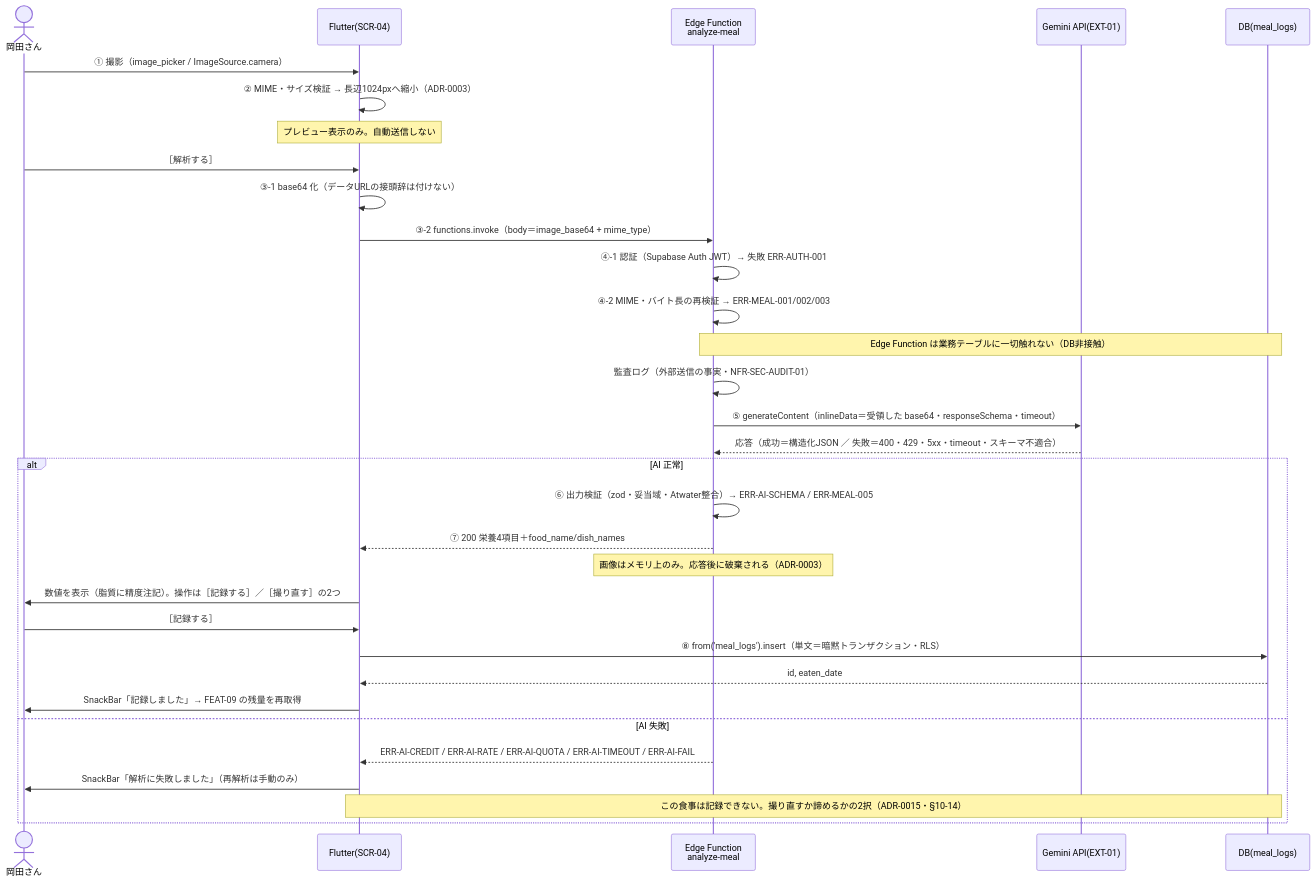
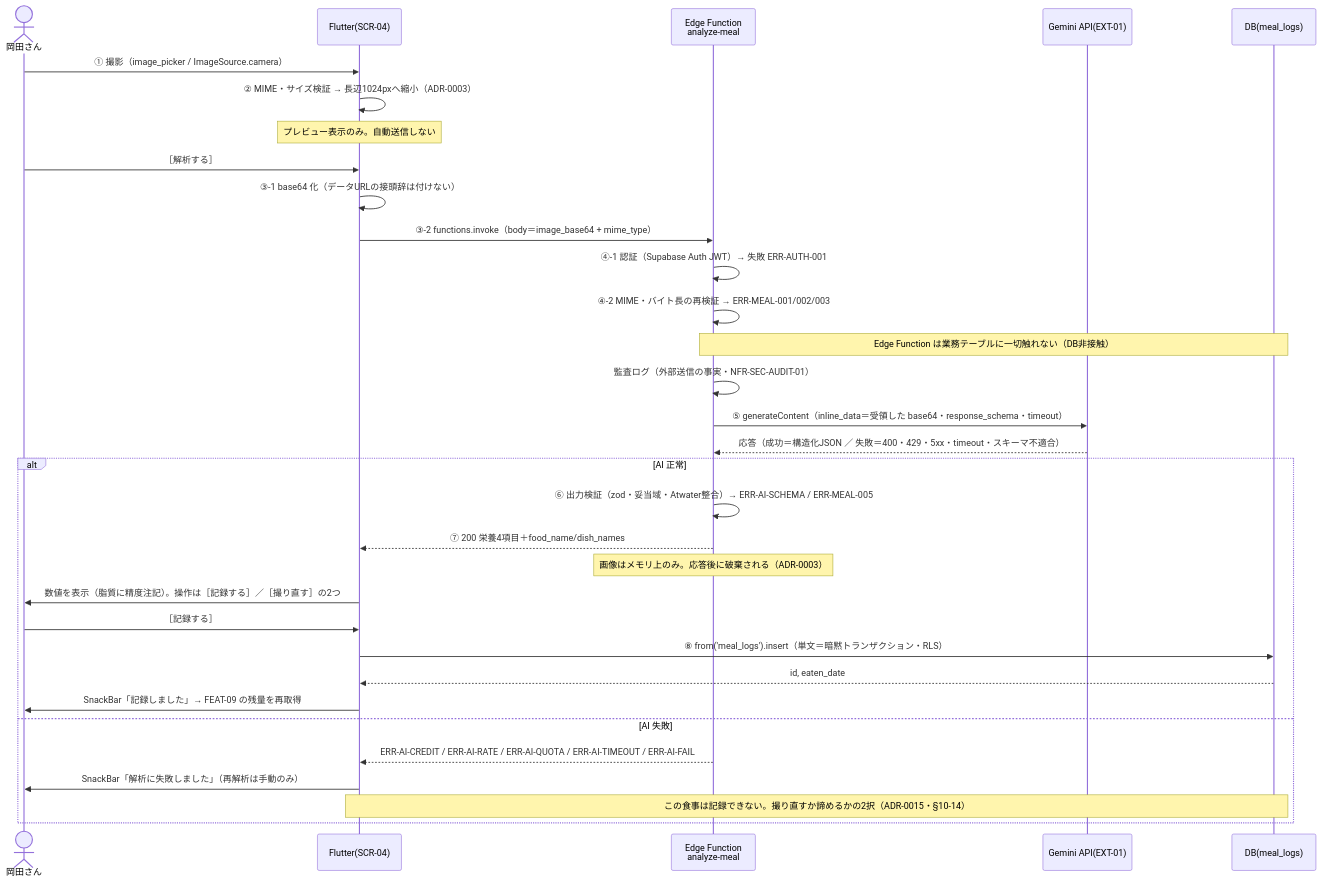
The diagram in docs/02_設計/50_詳細設計/08_機能別詳細設計/FEAT-08_食事撮影タンパク質計算.md (k-okada51/okada-fit), drawn with Mermaid before and after one commit. The commit also changed other lines of this file and 21 other files, not shown here.

````diff
--- a/docs/02_設計/50_詳細設計/08_機能別詳細設計/FEAT-08_食事撮影タンパク質計算.md
+++ b/docs/02_設計/50_詳細設計/08_機能別詳細設計/FEAT-08_食事撮影タンパク質計算.md
@@ -141,35 +141,35 @@
 ```mermaid
 sequenceDiagram
   actor U as 岡田さん
   participant F as Flutter(SCR-04)
   participant EF as Edge Function<br/>analyze-meal
   participant G as Gemini API(EXT-01)
   participant D as DB(meal_logs)
 
   U->>F: ① 撮影（image_picker / ImageSource.camera）
   F->>F: ② MIME・サイズ検証 → 長辺1024pxへ縮小（ADR-0003）
   Note over F: プレビュー表示のみ。自動送信しない
   U->>F: ［解析する］
   F->>F: ③-1 base64 化（データURLの接頭辞は付けない）
   F->>EF: ③-2 functions.invoke（body＝image_base64 + mime_type）
   EF->>EF: ④-1 認証（Supabase Auth JWT）→ 失敗 ERR-AUTH-001
   EF->>EF: ④-2 MIME・バイト長の再検証 → ERR-MEAL-001/002/003
   Note over EF,D: Edge Function は業務テーブルに一切触れない（DB非接触）
   EF->>EF: 監査ログ（外部送信の事実・NFR-SEC-AUDIT-01）
-  EF->>G: ⑤ generateContent（inlineData＝受領した base64・responseSchema・timeout）
+  EF->>G: ⑤ generateContent（inline_data＝受領した base64・response_schema・timeout）
   G-->>EF: 応答（成功＝構造化JSON ／ 失敗＝400・429・5xx・timeout・スキーマ不適合）
   alt AI 正常
     EF->>EF: ⑥ 出力検証（zod・妥当域・Atwater整合）→ ERR-AI-SCHEMA / ERR-MEAL-005
     EF-->>F: ⑦ 200 栄養4項目＋food_name/dish_names
     Note over EF: 画像はメモリ上のみ。応答後に破棄される（ADR-0003）
     F->>U: 数値を表示（脂質に精度注記）。操作は［記録する］／［撮り直す］の2つ
     U->>F: ［記録する］
     F->>D: ⑧ from('meal_logs').insert（単文＝暗黙トランザクション・RLS）
     D-->>F: id, eaten_date
     F->>U: SnackBar「記録しました」→ FEAT-09 の残量を再取得
   else AI 失敗
     EF-->>F: ERR-AI-CREDIT / ERR-AI-RATE / ERR-AI-QUOTA / ERR-AI-TIMEOUT / ERR-AI-FAIL
     F->>U: SnackBar「解析に失敗しました」（再解析は手動のみ）
     Note over F,D: この食事は記録できない。撮り直すか諦めるかの2択（ADR-0015・§10-14）
   end
 ```
````
